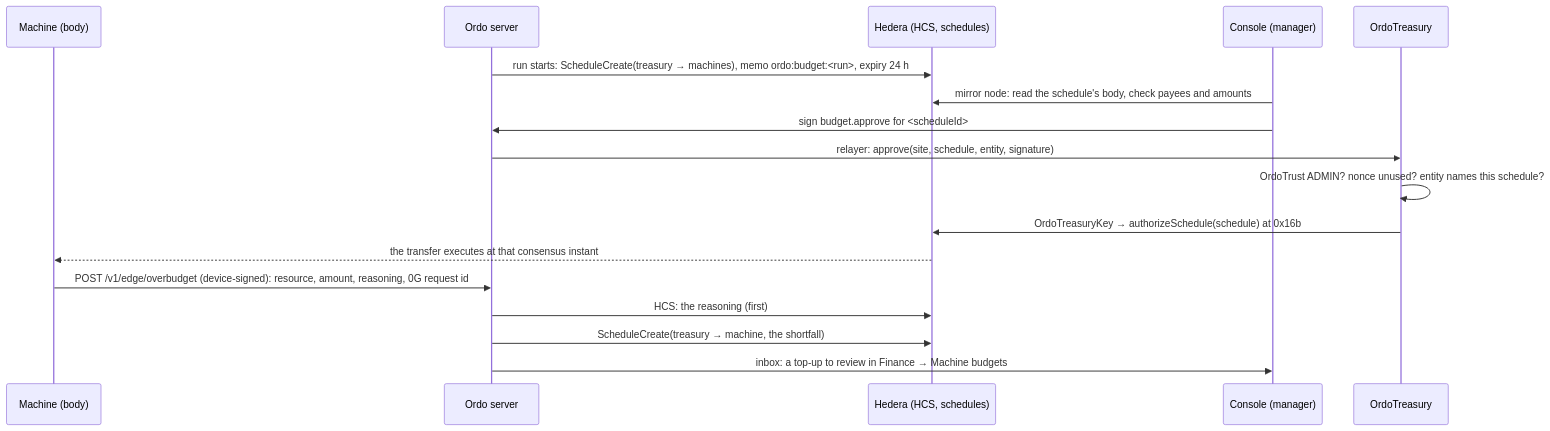
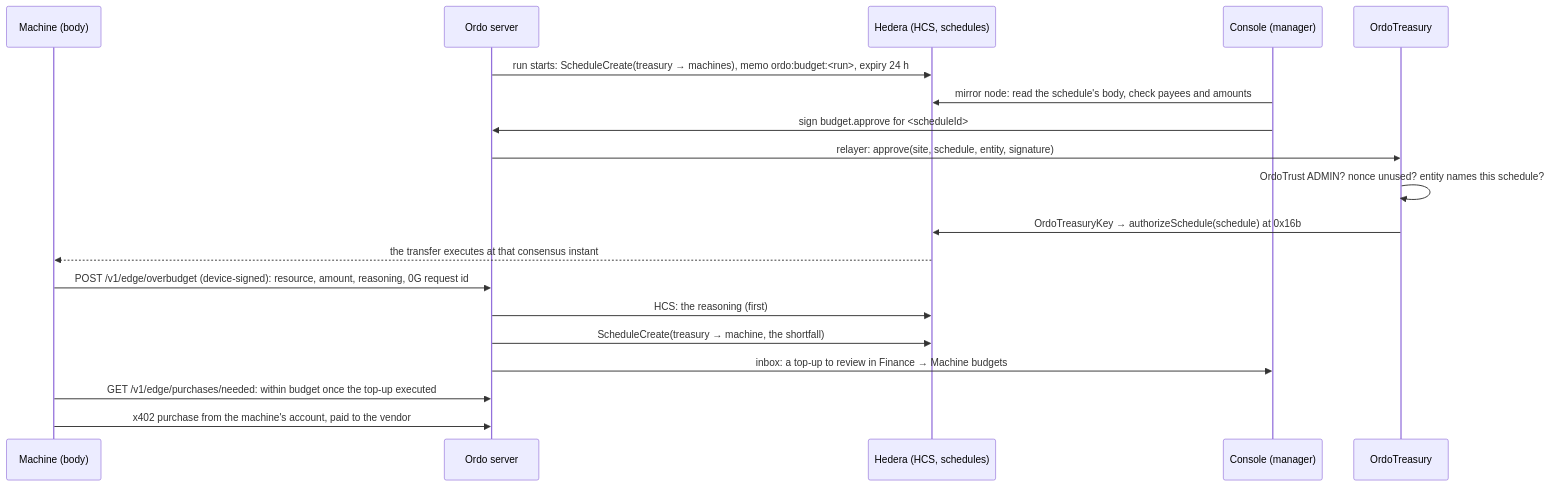
One commit to AloysJehwin/ordo_orchestrator changed the diagram in docs/hedera.md. Above: the diagram before and after it, drawn with Mermaid. The commit also changed other lines of this file and 2 other files, not shown here.

Commit message:
docs, doctor: machines buy ahead and ask for top-ups; a resource purchasing line

````diff
--- a/docs/hedera.md
+++ b/docs/hedera.md
@@ -40,19 +40,21 @@
 ```mermaid
 sequenceDiagram
   participant M as Machine (body)
   participant O as Ordo server
   participant H as Hedera (HCS, schedules)
   participant C as Console (manager)
   participant T as OrdoTreasury
   O->>H: run starts: ScheduleCreate(treasury → machines), memo ordo:budget:<run>, expiry 24 h
   C->>H: mirror node: read the schedule's body, check payees and amounts
   C->>O: sign budget.approve for <scheduleId>#<hash of the payees>
   O->>T: relayer: approve(site, schedule, entity, signature)
   T->>T: OrdoTrust ADMIN? nonce unused? entity names this schedule?
   T->>H: OrdoTreasuryKey → authorizeSchedule(schedule) at 0x16b
   H-->>M: the transfer executes at that consensus instant
   M->>O: POST /v1/edge/overbudget (device-signed): resource, amount, reasoning, 0G request id
   O->>H: HCS: the reasoning (first)
   O->>H: ScheduleCreate(treasury → machine, the shortfall)
   O->>C: inbox: a top-up to review in Finance → Machine budgets
+  M->>O: GET /v1/edge/purchases/needed: within budget once the top-up executed
+  M->>O: x402 purchase from the machine's account, paid to the vendor
 ```
````
